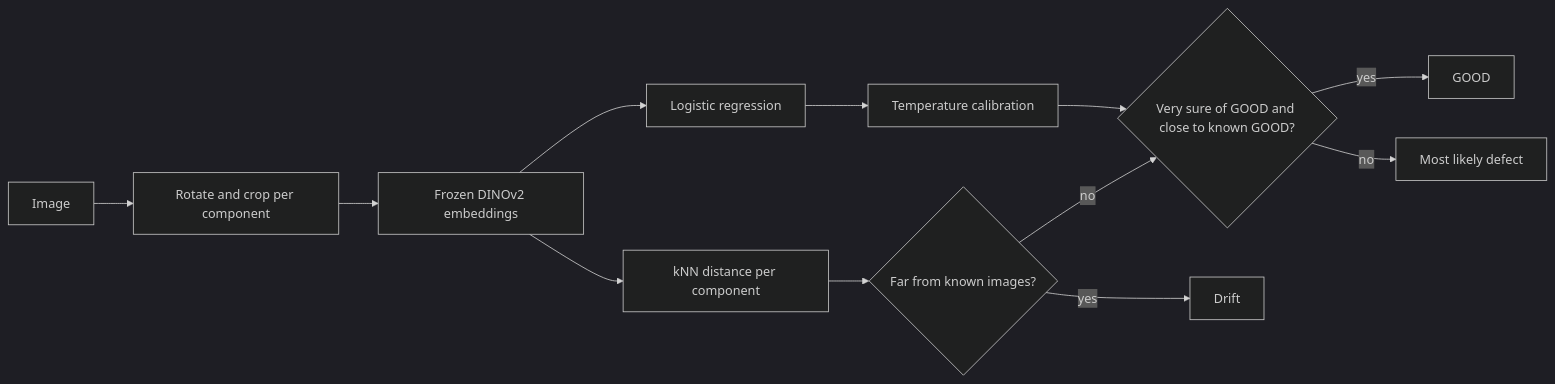
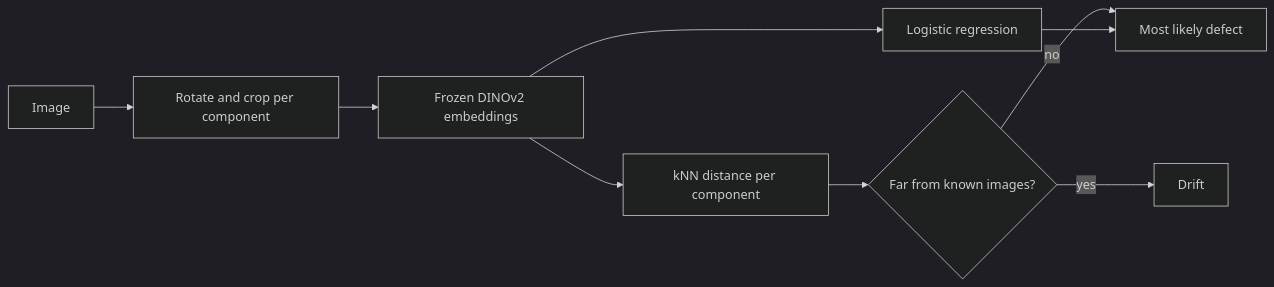
One commit to thibaudperes/ENS-Valeo changed the diagram in README.md. Above: the diagram before and after it, drawn with Mermaid (dark theme). The commit also changed other lines of this file and 4 other files, not shown here.

````diff
--- a/README.md
+++ b/README.md
@@ -12,14 +12,11 @@
 ```mermaid
 flowchart LR
     A[Image] --> B[Rotate and crop per component]
     B --> C[Frozen DINOv2 embeddings]
     C --> D[Logistic regression]
     C --> E[kNN distance per component]
-    D --> F[Temperature calibration]
     E --> G{Far from known images?}
-    F --> H{Very sure of GOOD and close to known GOOD?}
     G -- yes --> I[Drift]
-    G -- no --> H
-    H -- yes --> J[GOOD]
-    H -- no --> K[Most likely defect]
+    G -- no --> K[Most likely defect]
+    D --> K
 ```
````
